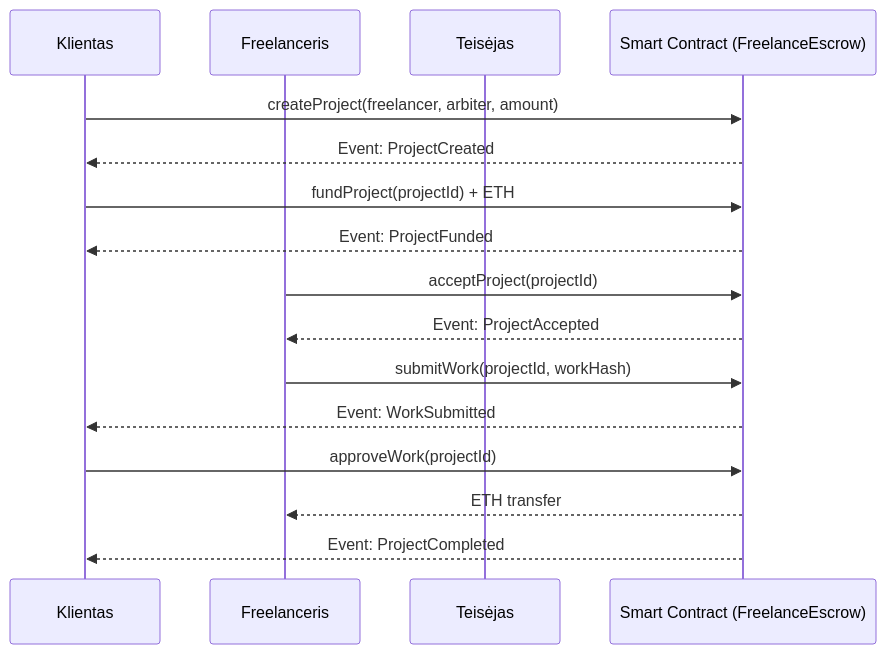
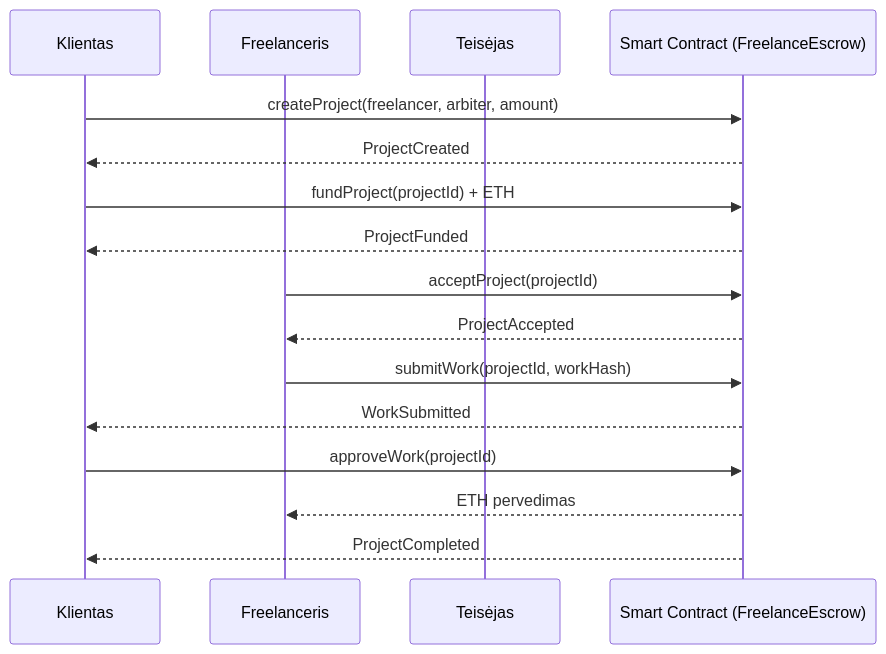
Before and after one commit to IgnasTamosaitis/smartContract: the diagram in README.md, drawn with Mermaid. The commit also changed other lines of this file, not shown here.

````diff
--- a/README.md
+++ b/README.md
@@ -86,23 +117,23 @@
 ```mermaid
 sequenceDiagram
     participant Client as Klientas
     participant Freelancer as Freelanceris
     participant Arbiter as Teisėjas
     participant Contract as Smart Contract (FreelanceEscrow)
 
     Client->>Contract: createProject(freelancer, arbiter, amount)
-    Contract-->>Client: Event: ProjectCreated
+    Contract-->>Client: ProjectCreated
 
     Client->>Contract: fundProject(projectId) + ETH
-    Contract-->>Client: Event: ProjectFunded
+    Contract-->>Client: ProjectFunded
 
     Freelancer->>Contract: acceptProject(projectId)
-    Contract-->>Freelancer: Event: ProjectAccepted
+    Contract-->>Freelancer: ProjectAccepted
 
     Freelancer->>Contract: submitWork(projectId, workHash)
-    Contract-->>Client: Event: WorkSubmitted
+    Contract-->>Client: WorkSubmitted
 
     Client->>Contract: approveWork(projectId)
-    Contract-->>Freelancer: ETH transfer
-    Contract-->>Client: Event: ProjectCompleted
+    Contract-->>Freelancer: ETH pervedimas
+    Contract-->>Client: ProjectCompleted
 ```
````
